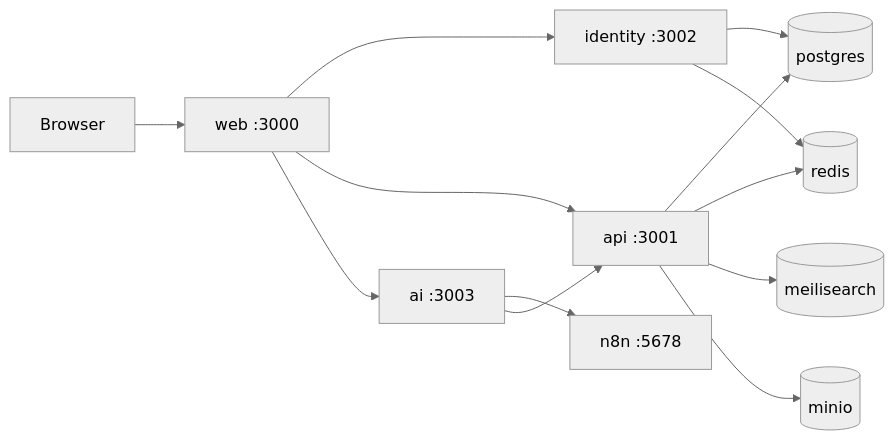
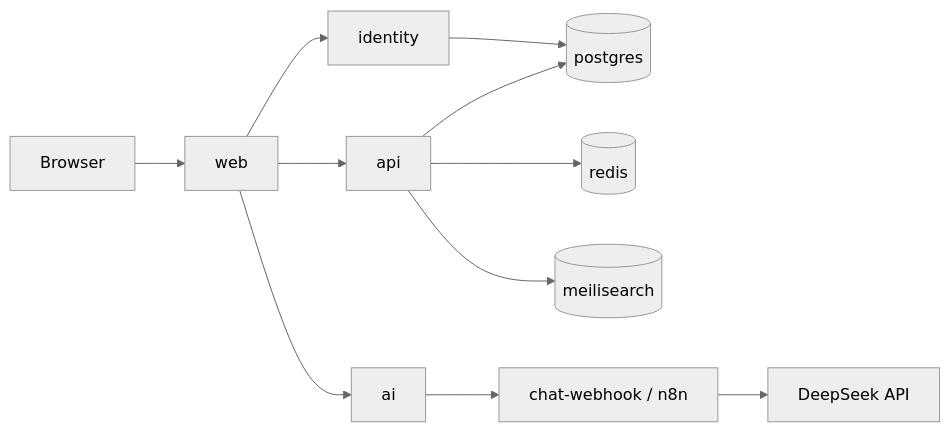
Before and after one commit to JasonTM17/VN_TravelAI: the diagram in README.md, drawn with Mermaid (neutral theme). The commit also changed other lines of this file and 14 other files, not shown here.

````diff
--- a/README.md
+++ b/README.md
@@ -22,15 +60,13 @@
 ```mermaid
 flowchart LR
-  Browser --> Web[web :3000]
-  Web --> Identity[identity :3002]
-  Web --> API[api :3001]
-  Web --> AI[ai :3003]
+  Browser --> Web[web]
+  Web --> Identity[identity]
+  Web --> API[api]
+  Web --> AI[ai]
   API --> PG[(postgres)]
   API --> Redis[(redis)]
   API --> Meili[(meilisearch)]
-  API --> MinIO[(minio)]
   Identity --> PG
-  Identity --> Redis
-  AI --> N8N[n8n :5678]
-  AI --> API
+  AI --> ChatWebhook[chat-webhook / n8n]
+  ChatWebhook --> DeepSeek[DeepSeek API]
 ```
````
